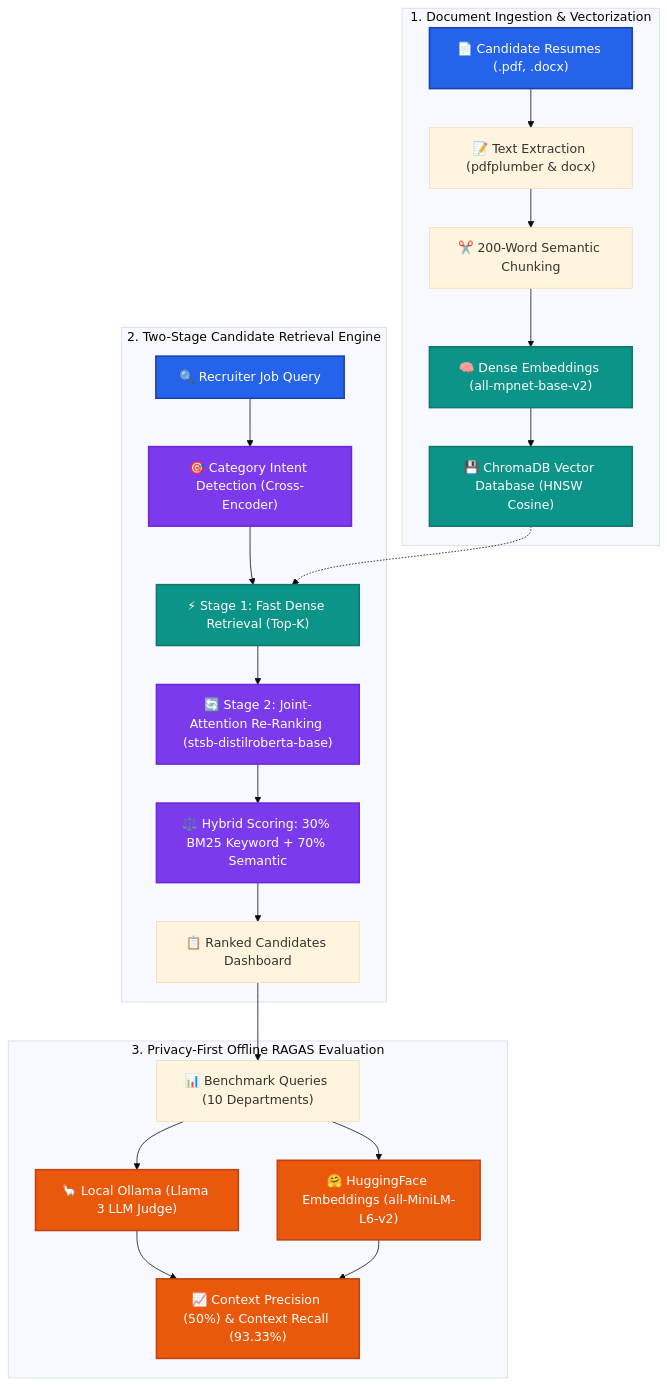
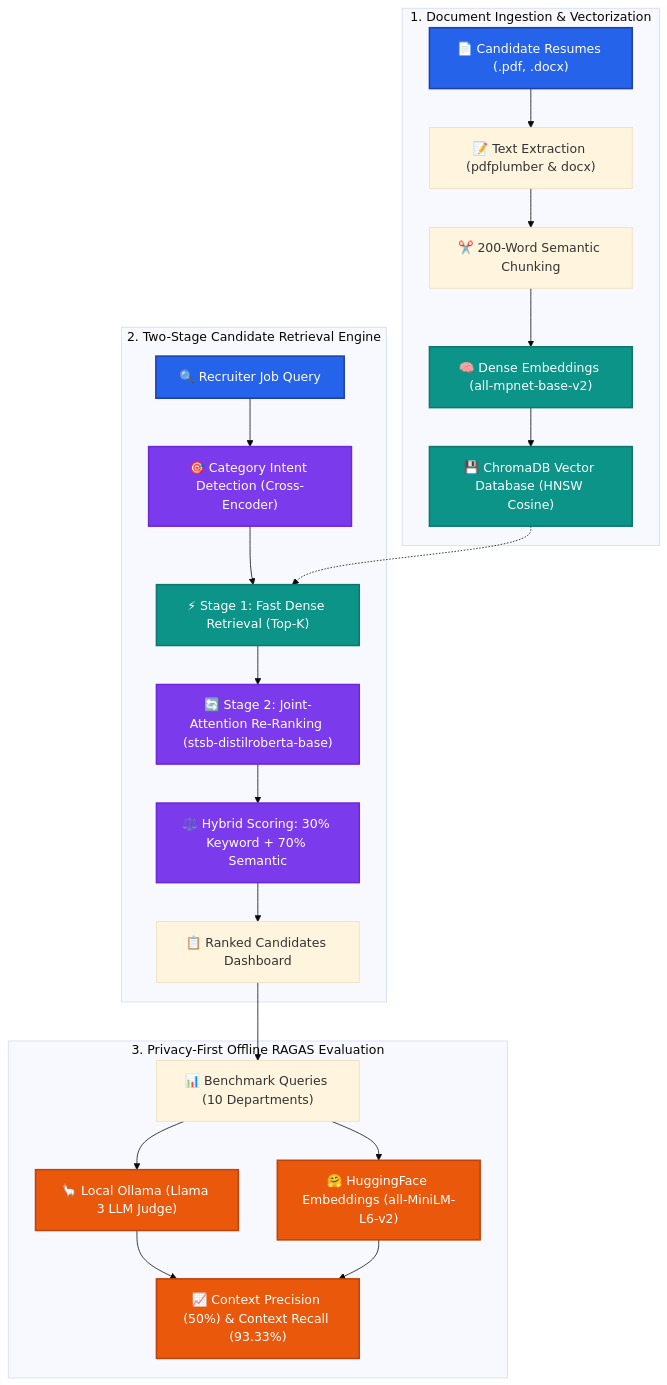
Before and after one commit to Shaaan2005/AI-Resume-Screening-and-RAG-Evaluation-System: the diagram in README.md, drawn with Mermaid (base theme). The commit also changed other lines of this file and 8 other files, not shown here.

````diff
--- a/README.md
+++ b/README.md
@@ -41,32 +41,32 @@
 ```mermaid
 flowchart TD
     classDef input fill:#2563EB,stroke:#1E40AF,stroke-width:2px,color:#fff;
     classDef stage1 fill:#0D9488,stroke:#0F766E,stroke-width:2px,color:#fff;
     classDef stage2 fill:#7C3AED,stroke:#6D28D9,stroke-width:2px,color:#fff;
     classDef eval fill:#EA580C,stroke:#C2410C,stroke-width:2px,color:#fff;
     classDef security fill:#475569,stroke:#334155,stroke-width:2px,color:#fff;
 
     subgraph INGESTION ["1. Document Ingestion & Vectorization"]
         A["📄 Candidate Resumes (.pdf, .docx)"]:::input --> B["📝 Text Extraction (pdfplumber & docx)"]
         B --> C["✂️ 200-Word Semantic Chunking"]
         C --> D["🧠 Dense Embeddings (all-mpnet-base-v2)"]:::stage1
         D --> E["💾 ChromaDB Vector Database (HNSW Cosine)"]:::stage1
     end
 
     subgraph RETRIEVAL ["2. Two-Stage Candidate Retrieval Engine"]
         F["🔍 Recruiter Job Query"]:::input --> G["🎯 Category Intent Detection (Cross-Encoder)"]:::stage2
         G --> H["⚡ Stage 1: Fast Dense Retrieval (Top-K)"]:::stage1
         E -.-> H
         H --> I["🔄 Stage 2: Joint-Attention Re-Ranking (stsb-distilroberta-base)"]:::stage2
-        I --> J["⚖️ Hybrid Scoring: 30% BM25 Keyword + 70% Semantic"]:::stage2
+        I --> J["⚖️ Hybrid Scoring: 30% Keyword + 70% Semantic"]:::stage2
         J --> K["📋 Ranked Candidates Dashboard"]
     end
 
     subgraph EVALUATION ["3. Privacy-First Offline RAGAS Evaluation"]
         K --> L["📊 Benchmark Queries (10 Departments)"]
         L --> M["🦙 Local Ollama (Llama 3 LLM Judge)"]:::eval
         L --> N["🤗 HuggingFace Embeddings (all-MiniLM-L6-v2)"]:::eval
         M --> O["📈 Context Precision (50%) & Context Recall (93.33%)"]:::eval
         N --> O
     end
 ```
````
